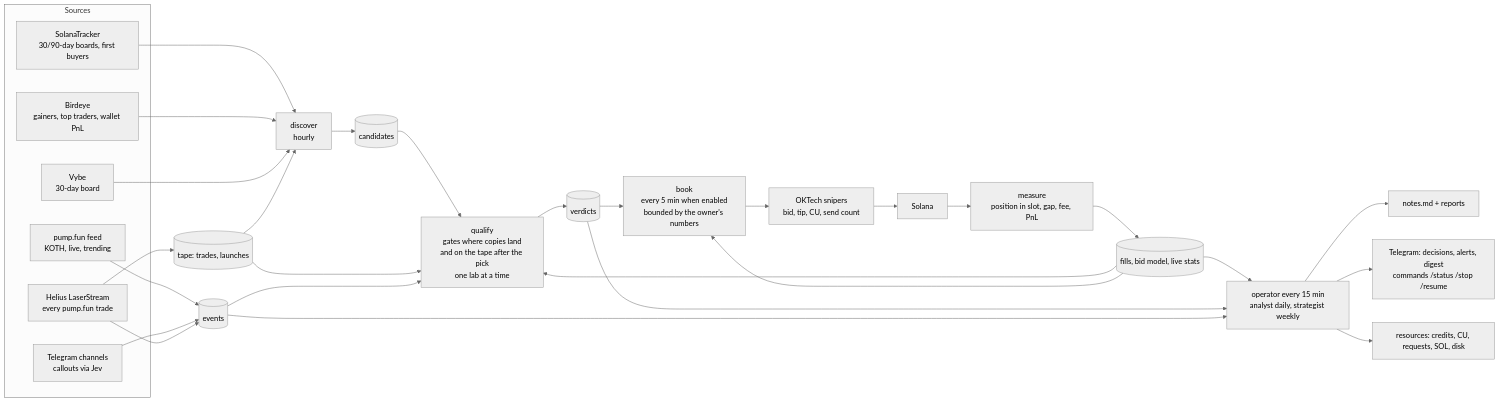
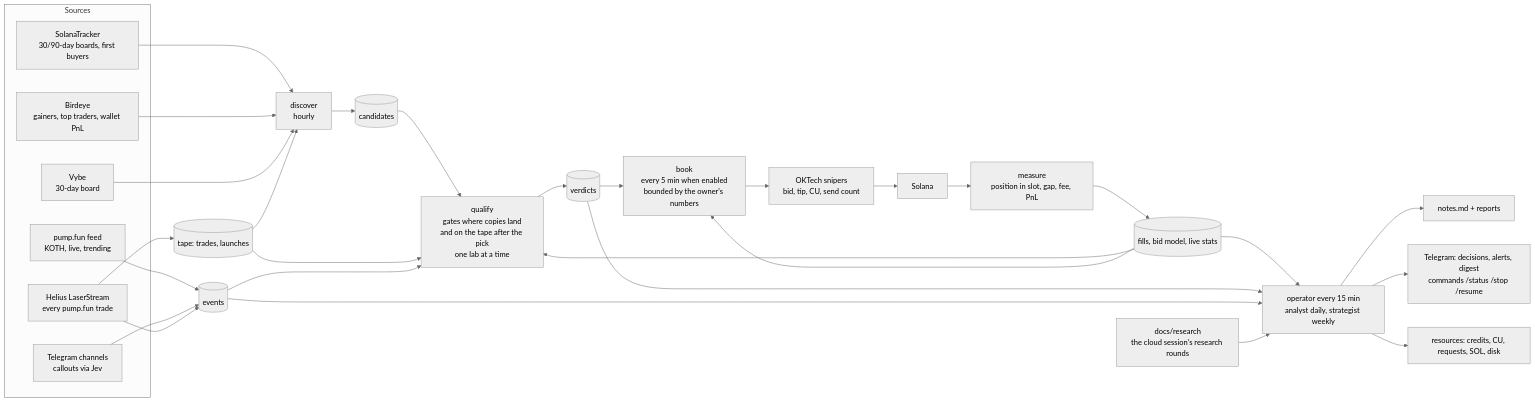
Before and after one commit to frieshimself-cpu/snipetech: the diagram in docs/architecture.md, drawn with Mermaid (neutral theme). The commit also changed other lines of this file and 2 other files, not shown here.

First line of the commit message:
docs: the server's agents read the research record

````diff
--- a/docs/architecture.md
+++ b/docs/architecture.md
@@ -5,42 +5,43 @@
 ```mermaid
 flowchart LR
   subgraph Sources
     H[Helius LaserStream<br/>every pump.fun trade]
     ST[SolanaTracker<br/>30/90-day boards, first buyers]
     BE[Birdeye<br/>gainers, top traders, wallet PnL]
     VY[Vybe<br/>30-day board]
     PF[pump.fun feed<br/>KOTH, live, trending]
     TG[Telegram channels<br/>callouts via Jev]
   end
 
   H --> T[(tape: trades, launches)]
   PF --> E[(events)]
   TG --> E
   H --> E
 
   ST --> D[discover<br/>hourly]
   BE --> D
   VY --> D
   T --> D
   D --> C[(candidates)]
 
   C --> Q[qualify<br/>gates where copies land<br/>and on the tape after the pick<br/>one lab at a time]
   T --> Q
   E --> Q
   Q --> V[(verdicts)]
 
   V --> B[book<br/>every 5 min when enabled<br/>bounded by the owner's numbers]
   B --> OK[OKTech snipers<br/>bid, tip, CU, send count]
   OK --> CH[Solana]
   CH --> M[measure<br/>position in slot, gap, fee, PnL]
   M --> F[(fills, bid model, live stats)]
   F --> Q
   F --> B
 
   F --> O[operator every 15 min<br/>analyst daily, strategist weekly]
   V --> O
   E --> O
+  RR[docs/research<br/>the cloud session's research rounds] --> O
   O --> N[notes.md + reports]
   O --> TGB[Telegram: decisions, alerts, digest<br/>commands /status /stop /resume]
   O --> R[resources: credits, CU, requests, SOL, disk]
 ```
````
